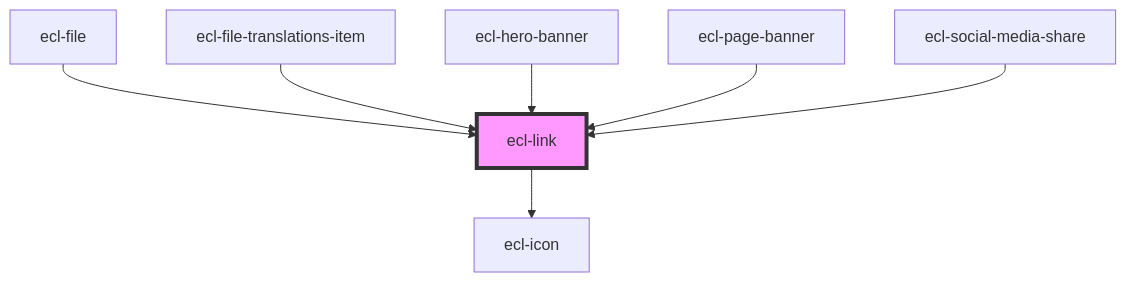
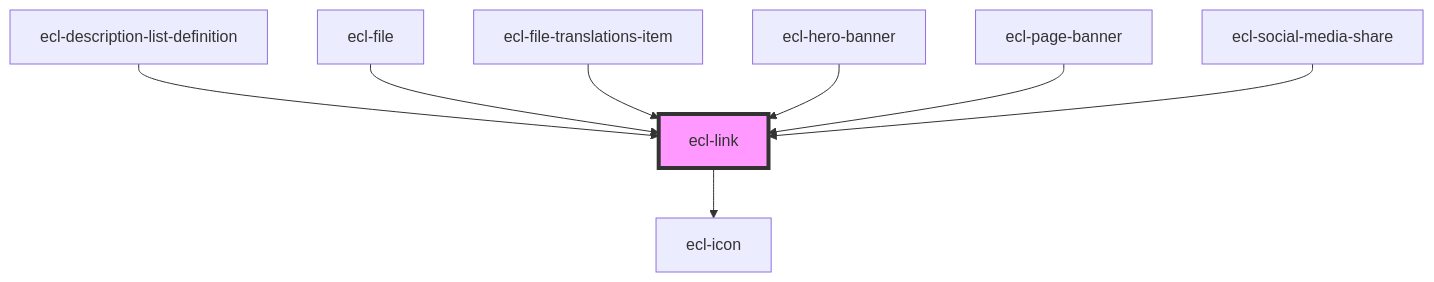
One commit to ec-europa/ecl-webcomponents changed the diagram in src/components/ecl-link/readme.md. Above: the diagram before and after it, drawn with Mermaid. The commit also changed other lines of this file and 14 other files, not shown here.

Commit message:
chore(webcomponents): Adding description list (with issues)

````diff
--- a/src/components/ecl-link/readme.md
+++ b/src/components/ecl-link/readme.md
@@ -35,10 +36,11 @@
 ```mermaid
 graph TD;
   ecl-link --> ecl-icon
+  ecl-description-list-definition --> ecl-link
   ecl-file --> ecl-link
   ecl-file-translations-item --> ecl-link
   ecl-hero-banner --> ecl-link
   ecl-page-banner --> ecl-link
   ecl-social-media-share --> ecl-link
   style ecl-link fill:#f9f,stroke:#333,stroke-width:4px
 ```
````
